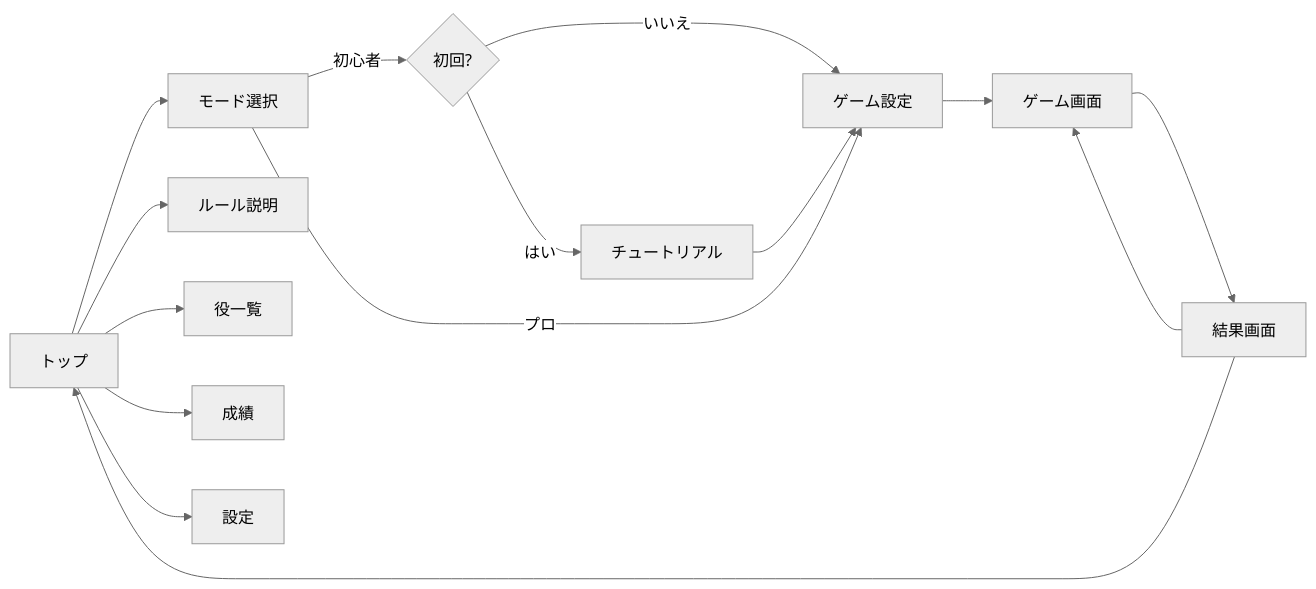
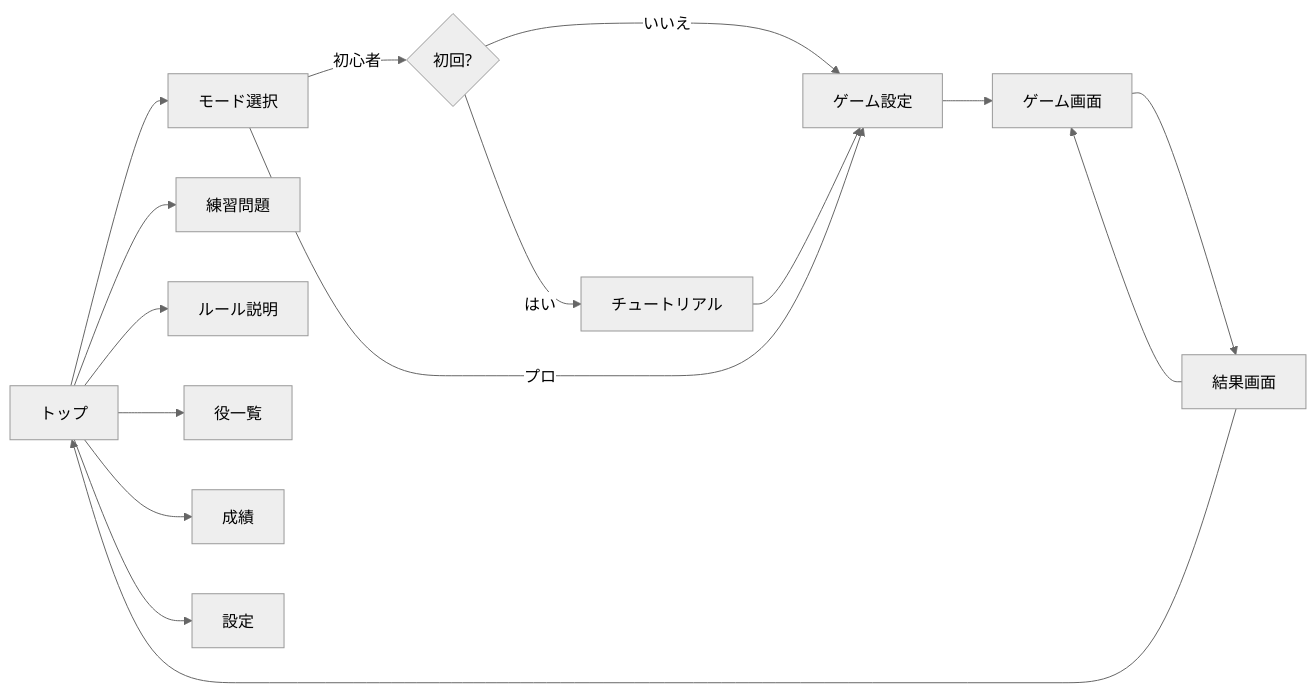
The first of 4 diagrams in docs/DESIGN.md (abe-luck/poker-lesson), drawn with Mermaid (neutral theme) before and after one commit. The commit also changed other lines of this file, not shown here.

````diff
--- a/docs/DESIGN.md
+++ b/docs/DESIGN.md
@@ -77,17 +80,18 @@
 ```mermaid
 flowchart LR
   Top[トップ] --> Mode[モード選択]
   Mode -->|初心者| Tutorial{初回?}
   Tutorial -->|はい| Tut[チュートリアル]
   Tutorial -->|いいえ| Setup
   Tut --> Setup[ゲーム設定]
   Mode -->|プロ| Setup
   Setup --> Game[ゲーム画面]
   Game --> Result[結果画面]
   Result --> Game
   Result --> Top
+  Top --> Practice[練習問題]
   Top --> Rules[ルール説明]
   Top --> Hands[役一覧]
   Top --> Stats[成績]
   Top --> Settings[設定]
 ```
````
